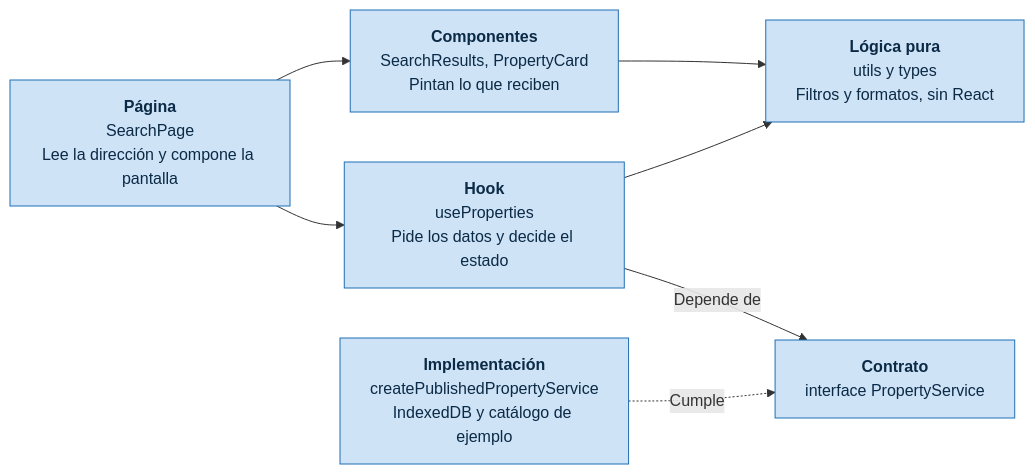
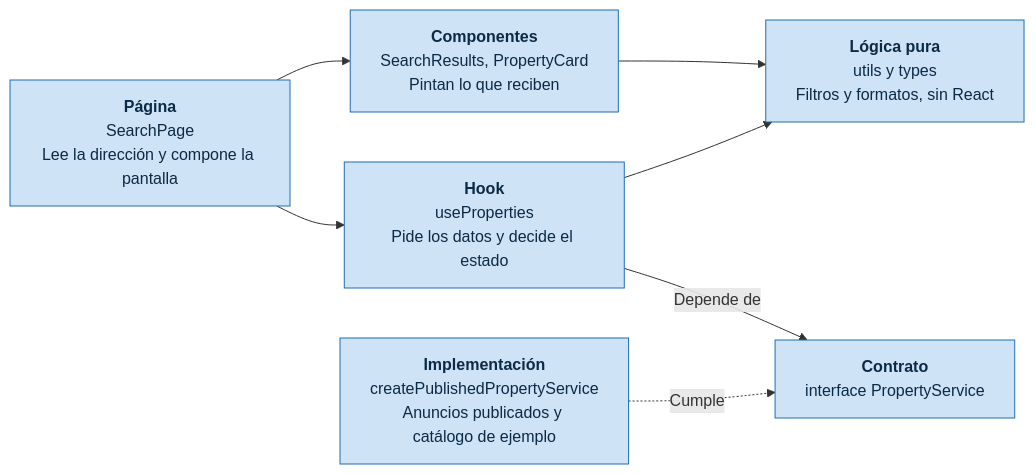
One commit to jespinal899/raizMotor changed the fifth of 6 diagrams in docs/arquitectura.md. Above: the diagram before and after it, drawn with Mermaid. The commit also changed other lines of this file and 1 other file, not shown here.

First line of the commit message:
docs: documenta los anuncios compartidos y las migraciones

````diff
--- a/docs/arquitectura.md
+++ b/docs/arquitectura.md
@@ -219,23 +221,23 @@
 ```mermaid
 %%{init: {"flowchart": {"wrappingWidth": 220}}}%%
 flowchart LR
     accTitle: Capas de una funcionalidad
     accDescr: La página compone componentes y llama a un hook. El hook depende del contrato del servicio, que una implementación cumple. Componentes y hooks usan lógica pura.
 
     page["<b>Página</b><br/>SearchPage<br/>Lee la dirección y compone la pantalla"]
     component["<b>Componentes</b><br/>SearchResults, PropertyCard<br/>Pintan lo que reciben"]
     hook["<b>Hook</b><br/>useProperties<br/>Pide los datos y decide el estado"]
     contract["<b>Contrato</b><br/>interface PropertyService"]
-    impl["<b>Implementación</b><br/>createPublishedPropertyService<br/>IndexedDB y catálogo de ejemplo"]
+    impl["<b>Implementación</b><br/>createPublishedPropertyService<br/>Anuncios publicados y catálogo de ejemplo"]
     utils["<b>Lógica pura</b><br/>utils y types<br/>Filtros y formatos, sin React"]
 
     page --> component
     page --> hook
     hook -- "Depende de" --> contract
     impl -. "Cumple" .-> contract
     component --> utils
     hook --> utils
 
     classDef componente fill:#cfe3f7,stroke:#1f6fb5,color:#0b2a45
     class page,component,hook,contract,impl,utils componente
 ```
````
